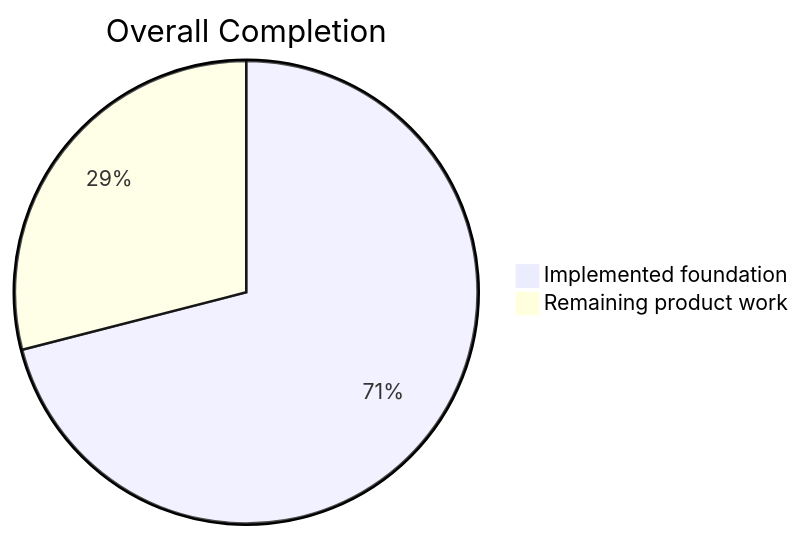
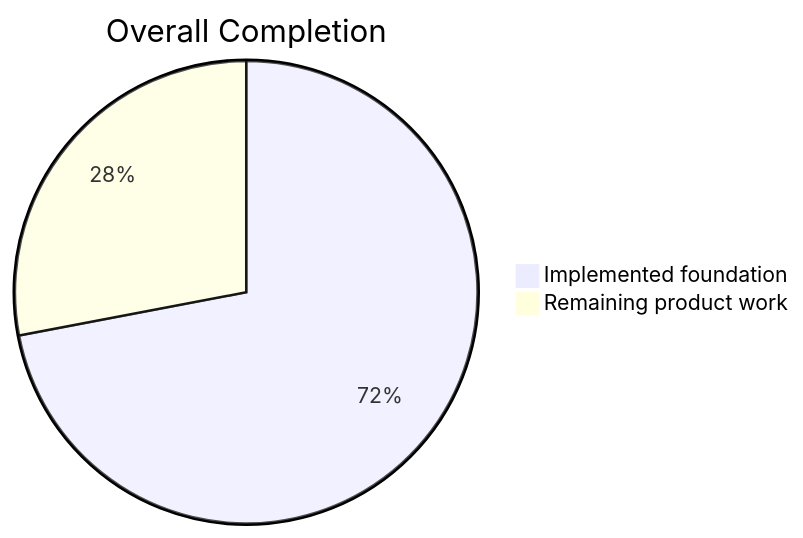
The first of 5 diagrams in README.md (lingmulongtai/GlyphRay), drawn with Mermaid before and after one commit. The commit also changed other lines of this file and 12 other files, not shown here.

````diff
--- a/README.md
+++ b/README.md
@@ -15,5 +15,5 @@
 ```mermaid
 pie title Overall Completion
-  "Implemented foundation" : 71
-  "Remaining product work" : 29
+  "Implemented foundation" : 72
+  "Remaining product work" : 28
 ```
````
